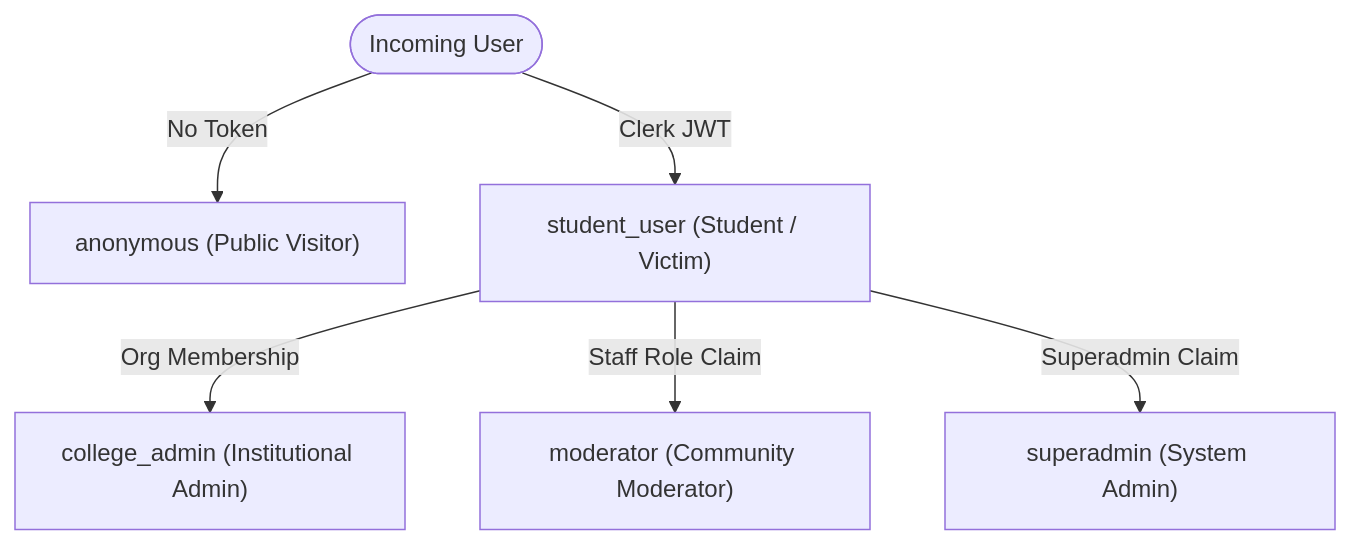
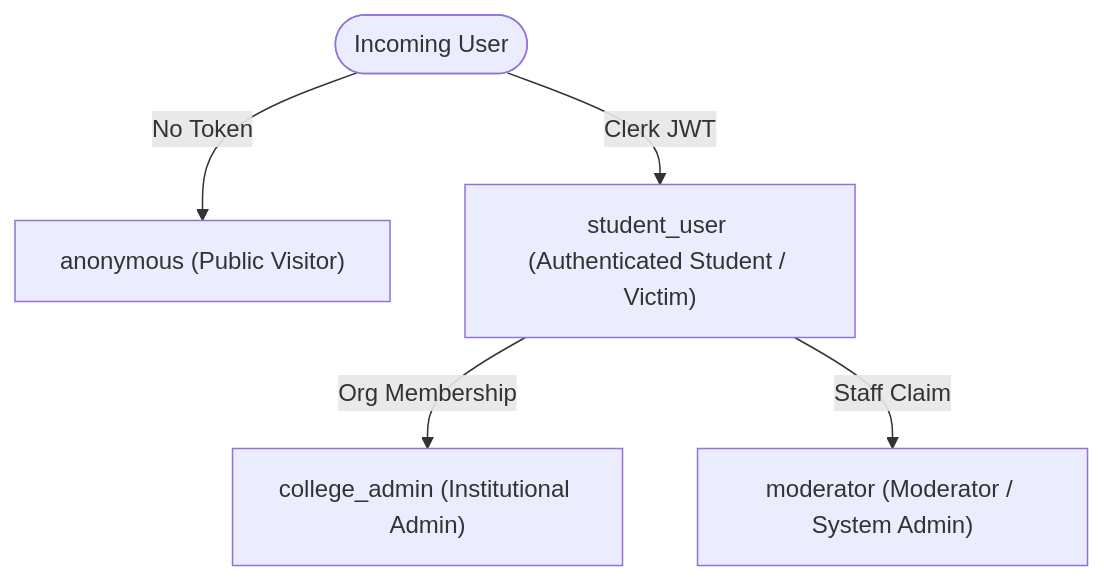
The diagram in scamfy/docs/user-roles.md (G28I/Scamfy), drawn with Mermaid before and after one commit. The commit also changed other lines of this file and 1 other file, not shown here.

Commit message:
fix(rbac): standardize on 4 canonical roles across threat model and user roles matrix

````diff
--- a/scamfy/docs/user-roles.md
+++ b/scamfy/docs/user-roles.md
@@ -7,8 +7,7 @@
 ```mermaid
 graph TD
     User([Incoming User]) -->|No Token| Anon["anonymous (Public Visitor)"]
-    User -->|Clerk JWT| Auth["student_user (Student / Victim)"]
+    User -->|Clerk JWT| Auth["student_user (Authenticated Student / Victim)"]
     Auth -->|Org Membership| College["college_admin (Institutional Admin)"]
-    Auth -->|Staff Role Claim| Mod["moderator (Community Moderator)"]
-    Auth -->|Superadmin Claim| Admin["superadmin (System Admin)"]
+    Auth -->|Staff Claim| Mod["moderator (Moderator / System Admin)"]
 ```
````
